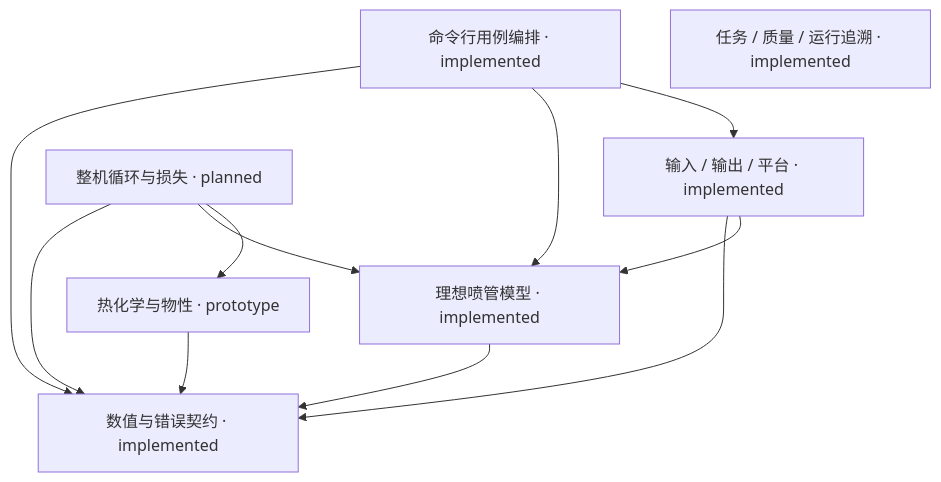
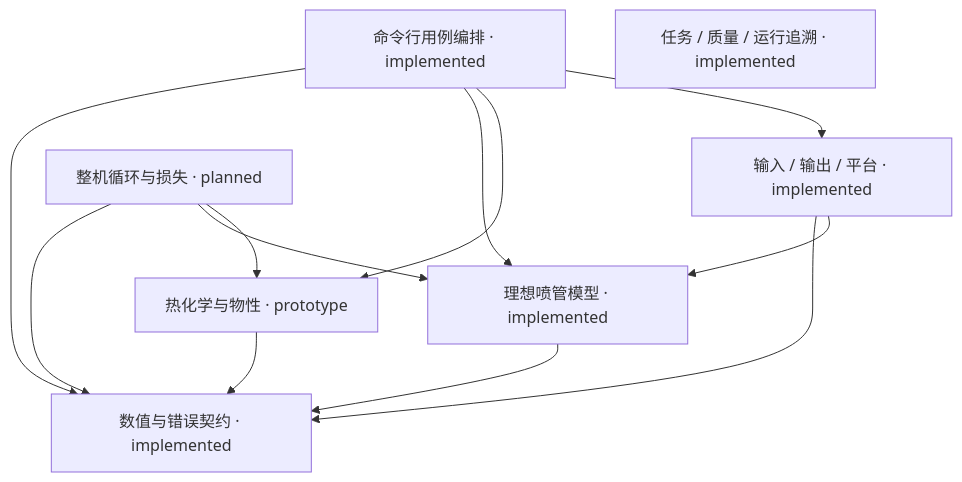
One commit to 2725238326/rocketperf-course-research changed the diagram in docs/architecture/components.mmd. Above: the diagram before and after it, drawn with Mermaid. The commit also changed 79 other files, not shown here.

```diff
--- a/docs/architecture/components.mmd
+++ b/docs/architecture/components.mmd
@@ -1,18 +1,19 @@
 flowchart TD
   core[数值与错误契约 · implemented]
   nozzle[理想喷管模型 · implemented]
   adapters[输入 / 输出 / 平台 · implemented]
   cli[命令行用例编排 · implemented]
   tooling[任务 / 质量 / 运行追溯 · implemented]
   thermo[热化学与物性 · prototype]
   cycle[整机循环与损失 · planned]
   nozzle --> core
   adapters --> core
   adapters --> nozzle
   cli --> core
   cli --> nozzle
+  cli --> thermo
   cli --> adapters
   thermo --> core
   cycle --> core
   cycle --> nozzle
   cycle --> thermo
```
